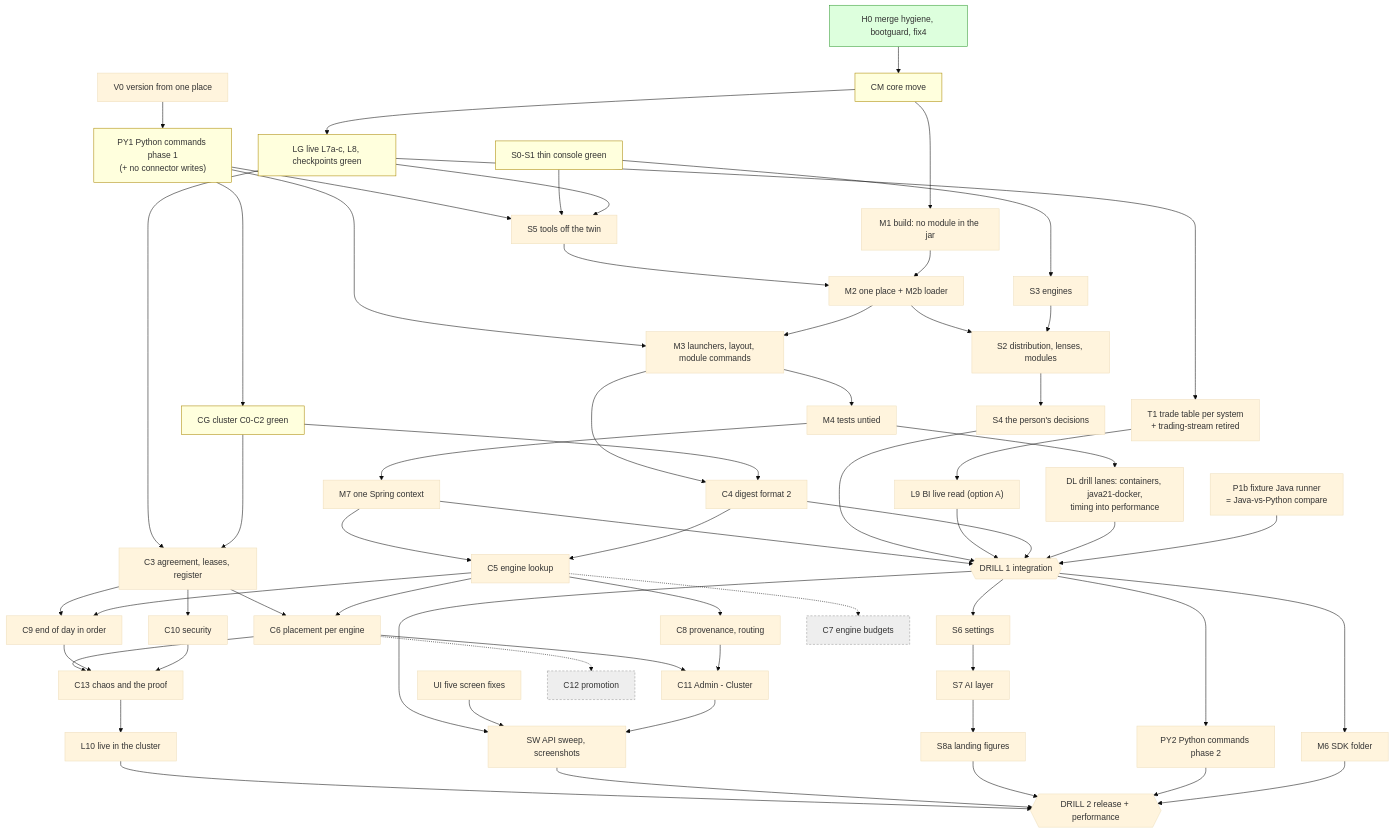
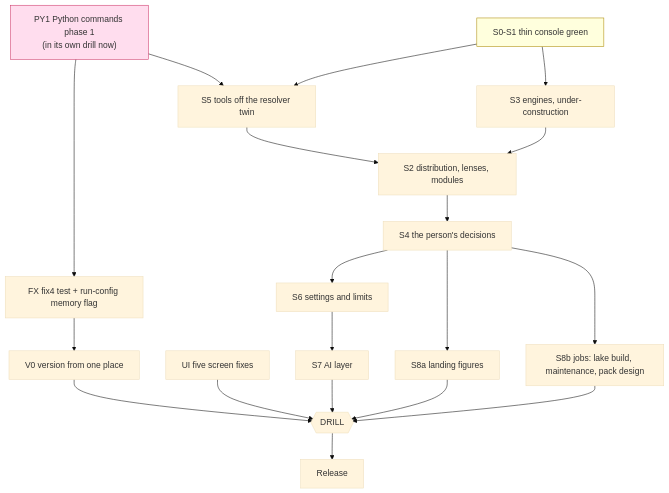
One commit to ajsinha/drishti changed the diagram in docs/plans/I5_BUILD_PLAN.md. Above: the diagram before and after it, drawn with Mermaid (base theme). The commit also changed other lines of this file and 2 other files, not shown here.

Commit message:
Plans: split the i5 plan into i5 (thin console, version, Python commands), i6 (modules out of the server jar) and i7 (cluster, live, the rest); roadmap i5 to i8

````diff
--- a/docs/plans/I5_BUILD_PLAN.md
+++ b/docs/plans/I5_BUILD_PLAN.md
@@ -108,107 +44,35 @@
 ```mermaid
 flowchart TD
-  classDef done fill:#dfd,stroke:#393
   classDef written fill:#ffd,stroke:#a80
-  classDef cut fill:#eee,stroke:#999,stroke-dasharray: 4 3
+  classDef drilling fill:#fde,stroke:#c36
 
+  PY1["PY1 Python commands phase 1<br/>(in its own drill now)"]:::drilling
+  FX["FX fix4 test + run-config memory flag"]
   V0["V0 version from one place"]
-  PY1["PY1 Python commands phase 1<br/>(+ no connector writes)"]:::written
-  H0["H0 merge hygiene, bootguard, fix4"]:::done
-  CM["CM core move"]:::written
-
   S01["S0-S1 thin console green"]:::written
-  S5["S5 tools off the twin"]
-  S3["S3 engines"]
+  S5["S5 tools off the resolver twin"]
+  S3["S3 engines, under-construction"]
+  UI["UI five screen fixes"]
   S2["S2 distribution, lenses, modules"]
   S4["S4 the person's decisions"]
-  S6["S6 settings"]
+  S6["S6 settings and limits"]
   S7["S7 AI layer"]
   S8a["S8a landing figures"]
+  S8b["S8b jobs: lake build, maintenance, pack design"]
+  D{{"DRILL"}}
+  R["Release"]
 
-  LG["LG live L7a-c, L8, checkpoints green"]:::written
-  T1["T1 trade table per system<br/>+ trading-stream retired"]
-  L9["L9 BI live read (option A)"]
-  L10["L10 live in the cluster"]
-
-  M1["M1 build: no module in the jar"]
-  M2["M2 one place + M2b loader"]
-  M3["M3 launchers, layout, module commands"]
-  M4["M4 tests untied"]
-  M7["M7 one Spring context"]
-  M6["M6 SDK folder"]
-
-  CG["CG cluster C0-C2 green"]:::written
-  C3["C3 agreement, leases, register"]
-  C4["C4 digest format 2"]
-  C5["C5 engine lookup"]
-  C6["C6 placement per engine"]
-  C8["C8 provenance, routing"]
-  C9["C9 end of day in order"]
-  C10["C10 security"]
-  C11["C11 Admin - Cluster"]
-  C13["C13 chaos and the proof"]
-  C12["C12 promotion"]:::cut
-  C7["C7 engine budgets"]:::cut
-
-  P1b["P1b fixture Java runner<br/>= Java-vs-Python compare"]
-  DL["DL drill lanes: containers, java21-docker,<br/>timing into performance"]
-  UI["UI five screen fixes"]
-  D1{{"DRILL 1 integration"}}
-  SW["SW API sweep, screenshots"]
-  PY2["PY2 Python commands phase 2"]
-  D2{{"DRILL 2 release + performance"}}
-
-  V0 --> PY1
-  H0 --> CM
+  PY1 --> FX --> V0
   PY1 --> S5
-  PY1 --> M3
-  PY1 --> CG
-  CM --> M1
-  CM --> LG
   S01 --> S5
-  LG --> S5
-  S5 --> M2
-  M1 --> M2
-  M2 --> M3 --> M4 --> M7
-  M2 --> S2
-  S01 --> S3 --> S2 --> S4
-  LG --> T1 --> L9
-  LG --> C3
-  CG --> C3
-  M3 --> C4
-  CG --> C4
-  M7 --> C5
-  C4 --> C5
-  M4 --> DL
-  M7 --> D1
-  S4 --> D1
-  L9 --> D1
-  C4 --> D1
-  DL --> D1
-  P1b --> D1
-  D1 --> SW
-  D1 --> S6 --> S7 --> S8a
-  C3 --> C6
-  C5 --> C6
-  C5 --> C8
-  C3 --> C9
-  C5 --> C9
-  C3 --> C10
-  C6 --> C11
-  C8 --> C11
-  C6 --> C13
-  C9 --> C13
-  C10 --> C13
-  C13 --> L10
-  D1 --> M6
-  D1 --> PY2
-  UI --> SW
-  C11 --> SW
-  L10 --> D2
-  SW --> D2
-  S8a --> D2
-  PY2 --> D2
-  M6 --> D2
-  C6 -.-> C12
-  C5 -.-> C7
+  S01 --> S3
+  S5 --> S2
+  S3 --> S2
+  S2 --> S4
+  S4 --> S6 --> S7 --> D
+  S4 --> S8a --> D
+  S4 --> S8b --> D
+  UI --> D
+  V0 --> D
+  D --> R
 ```
````
